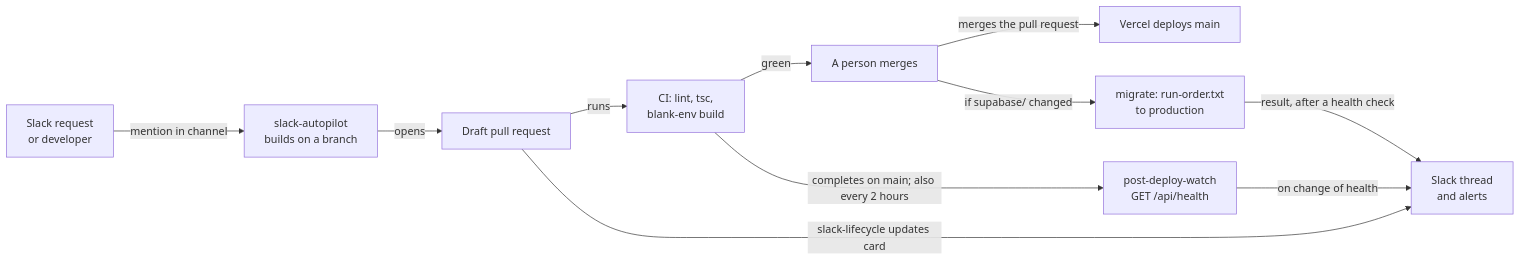
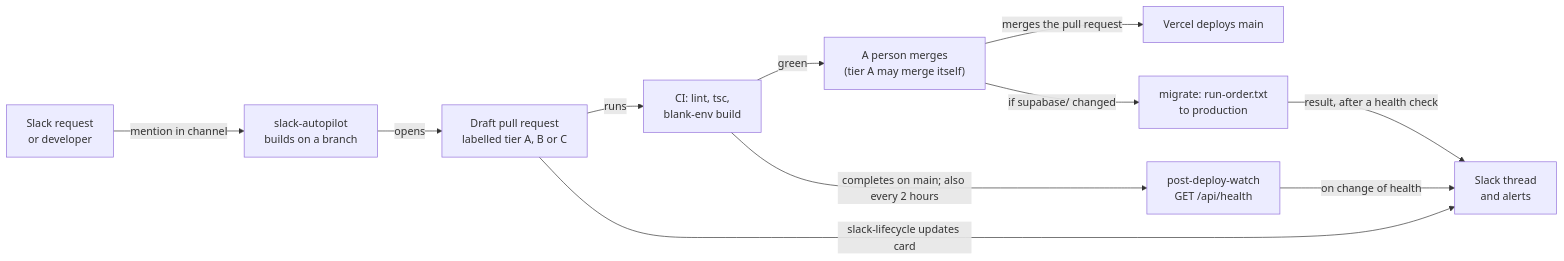
Before and after one commit to raviteja0012/robinsons-store: the sixth of 6 diagrams in docs/ARCHITECTURE.md, drawn with Mermaid. The commit also changed other lines of this file and 12 other files, not shown here.

First line of the commit message:
Wire the tier classifier into the Slack loop; words-only changes merge themselves (ADR-002) (#56)

````diff
--- a/docs/ARCHITECTURE.md
+++ b/docs/ARCHITECTURE.md
@@ -369,22 +369,22 @@
 ```mermaid
 flowchart LR
   REQ["Slack request<br/>or developer"]
   AP["slack-autopilot<br/>builds on a branch"]
-  PR["Draft pull request"]
+  PR["Draft pull request<br/>labelled tier A, B or C"]
   CI["CI: lint, tsc,<br/>blank-env build"]
-  HUM["A person merges"]
+  HUM["A person merges<br/>(tier A may merge itself)"]
   VD["Vercel deploys main"]
   MIG["migrate: run-order.txt<br/>to production"]
   WD["post-deploy-watch<br/>GET /api/health"]
   SLK["Slack thread<br/>and alerts"]
   REQ -- "mention in channel" --> AP
   AP -- "opens" --> PR
   PR -- "runs" --> CI
   CI -- "green" --> HUM
   HUM -- "merges the pull request" --> VD
   HUM -- "if supabase/ changed" --> MIG
   CI -- "completes on main; also every 2 hours" --> WD
   MIG -- "result, after a health check" --> SLK
   WD -- "on change of health" --> SLK
   PR -- "slack-lifecycle updates card" --> SLK
 ```
````
